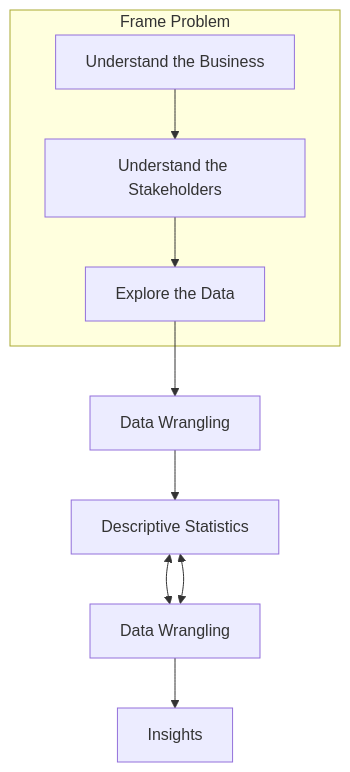
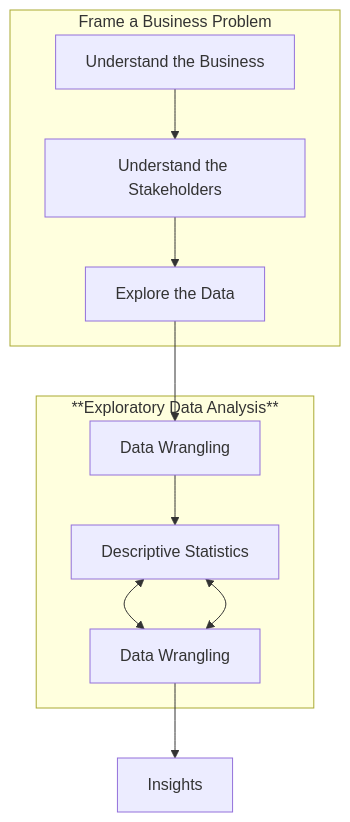
One commit to Krupal-Patel/Python-Notes changed the diagram in Business_Analytics.md. Above: the diagram before and after it, drawn with Mermaid.

````diff
--- a/Business_Analytics.md
+++ b/Business_Analytics.md
@@ -2,13 +2,15 @@
 ```mermaid
 flowchart TD
-  subgraph id[Frame Problem]
+  subgraph id1[Frame a Business Problem]
   step1[Understand the Business] --> step2[Understand the Stakeholders]
   step2 --> step3[Explore the Data]
   end
+  subgraph id2[**Exploratory Data Analysis**]
   step3 --> step4[Data Wrangling]
   step4 --> step5[Descriptive Statistics]
   step5 <--> step6[Data Wrangling]
   step6 <--> step5
+  end
   step6 --> Insights
 
 ```
````
